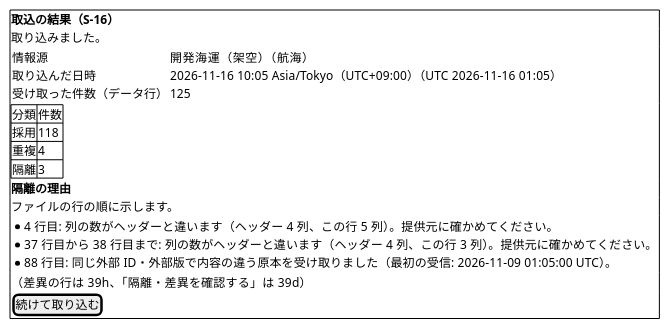
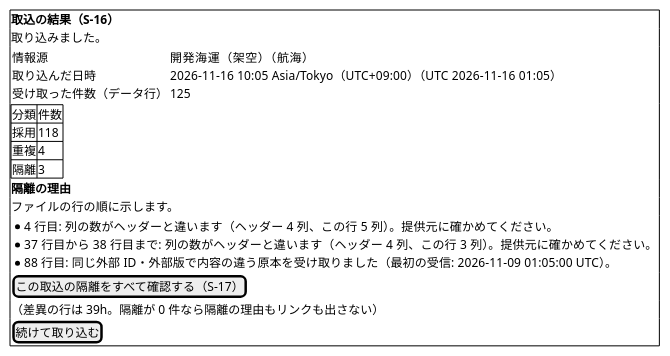
Diagram 52 of 55 in docs/design/cargo-tracker/ui_design.md (k2works/practical-domain-driven-design-in-enterpris-application), drawn with PlantUML before and after one commit. The commit also changed other lines of this file and 9 other files, not shown here.

````diff
--- a/docs/design/cargo-tracker/ui_design.md
+++ b/docs/design/cargo-tracker/ui_design.md
@@ -1858,28 +1861,29 @@
 ```plantuml
 @startsalt
 {+
   <b>取込の結果（S-16）
   取り込みました。
   {
     情報源 | 開発海運（架空）（航海）
     取り込んだ日時 | 2026-11-16 10:05 Asia/Tokyo（UTC+09:00）（UTC 2026-11-16 01:05）
     受け取った件数（データ行） | 125
   }
   {#
     分類 | 件数
     採用 | 118
     重複 | 4
     隔離 | 3
   }
   <b>隔離の理由
   ファイルの行の順に示します。
   {
     * 4 行目: 列の数がヘッダーと違います（ヘッダー 4 列、この行 5 列）。提供元に確かめてください。
     * 37 行目から 38 行目まで: 列の数がヘッダーと違います（ヘッダー 4 列、この行 3 列）。提供元に確かめてください。
     * 88 行目: 同じ外部 ID・外部版で内容の違う原本を受け取りました（最初の受信: 2026-11-09 01:05:00 UTC）。
   }
-  （差異の行は 39h、「隔離・差異を確認する」は 39d）
+  [ この取込の隔離をすべて確認する（S-17） ]
+  （差異の行は 39h。隔離が 0 件なら隔離の理由もリンクも出さない）
   [ 続けて取り込む ]
 }
 @endsalt
 ```
````
